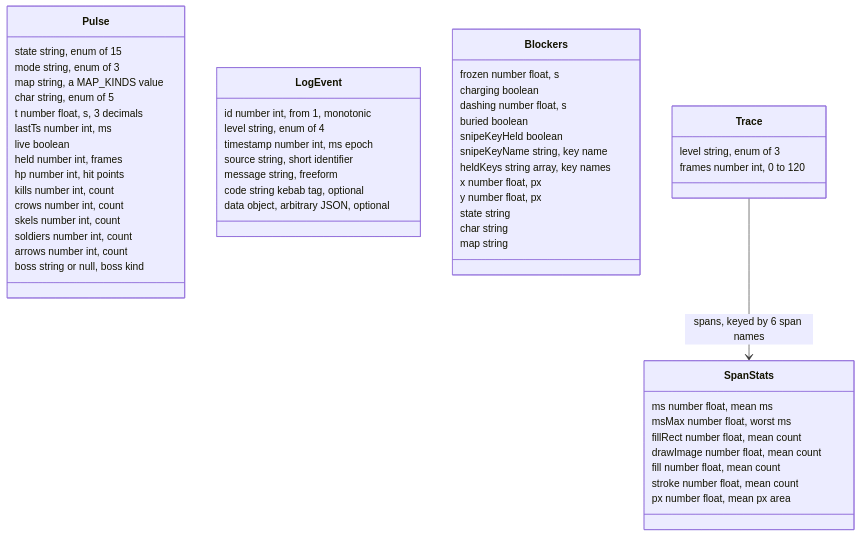
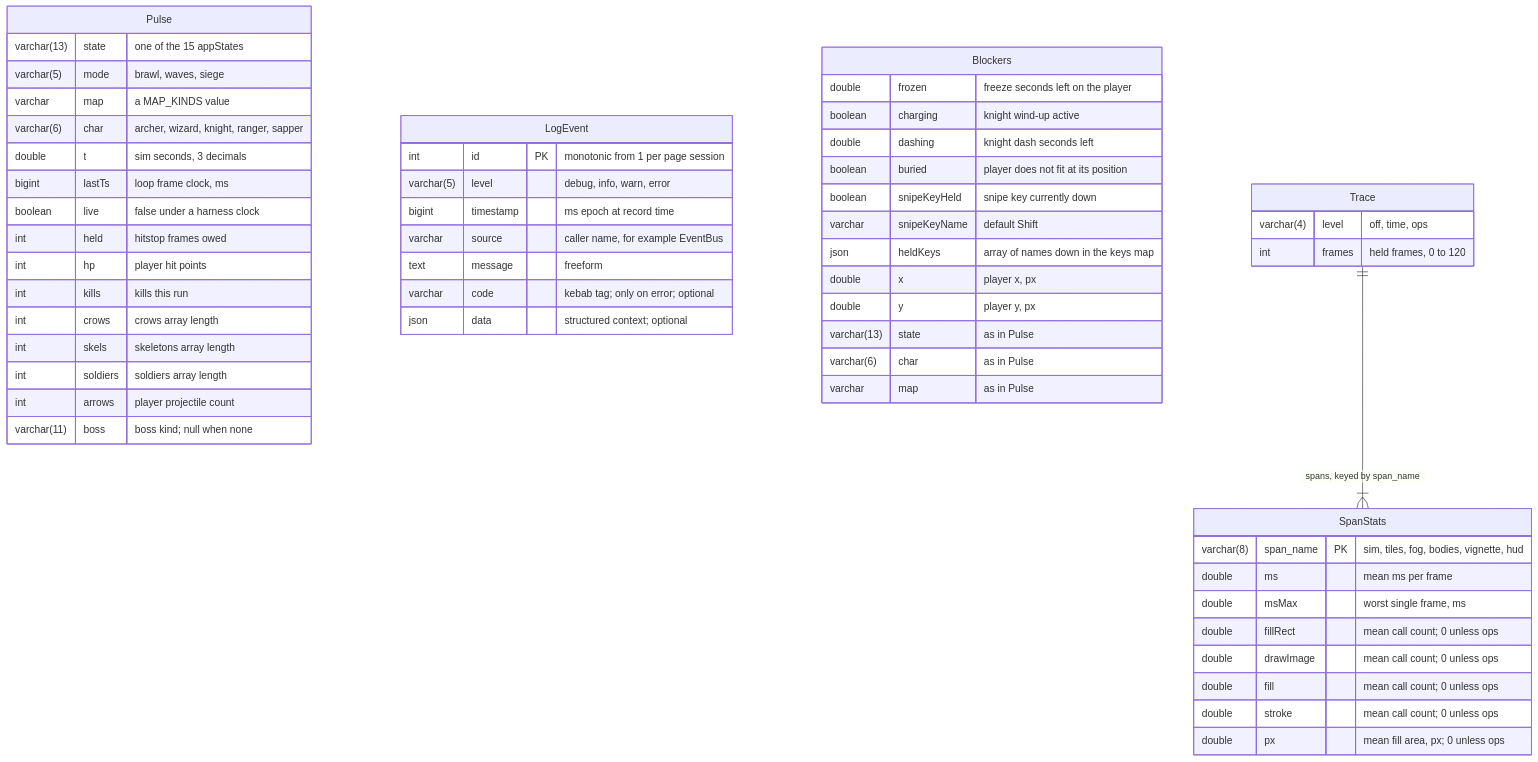
Before and after one commit to MrBisonte/crow-archer: the third of 4 diagrams in docs/playbooks/monitored-playtest.md, drawn with Mermaid. The commit also changed other lines of this file, not shown here.

Commit message:
docs(playbooks): record model as proper ER diagrams
erDiagram instead of classDiagram: each attribute row carries type, name,
key and comment columns. Types are SQL equivalents with derived lengths
where a closed set bounds them (varchar(13) state from boss_entrance,
varchar(11) class from logic-freeze); PK marks LogEvent.id and the
span_name map key; the key column stays empty elsewhere because records
nest by containment. Both diagrams verified rendering on mermaid.live.

````diff
--- a/docs/playbooks/monitored-playtest.md
+++ b/docs/playbooks/monitored-playtest.md
@@ -246,57 +243,58 @@
 ```mermaid
-classDiagram
-  class Pulse {
-    state string, enum of 15
-    mode string, enum of 3
-    map string, a MAP_KINDS value
-    char string, enum of 5
-    t number float, s, 3 decimals
-    lastTs number int, ms
-    live boolean
-    held number int, frames
-    hp number int, hit points
-    kills number int, count
-    crows number int, count
-    skels number int, count
-    soldiers number int, count
-    arrows number int, count
-    boss string or null, boss kind
+erDiagram
+  Pulse {
+    varchar(13) state "one of the 15 appStates"
+    varchar(5) mode "brawl, waves, siege"
+    varchar map "a MAP_KINDS value"
+    varchar(6) char "archer, wizard, knight, ranger, sapper"
+    double t "sim seconds, 3 decimals"
+    bigint lastTs "loop frame clock, ms"
+    boolean live "false under a harness clock"
+    int held "hitstop frames owed"
+    int hp "player hit points"
+    int kills "kills this run"
+    int crows "crows array length"
+    int skels "skeletons array length"
+    int soldiers "soldiers array length"
+    int arrows "player projectile count"
+    varchar(11) boss "boss kind; null when none"
   }
-  class LogEvent {
-    id number int, from 1, monotonic
-    level string, enum of 4
-    timestamp number int, ms epoch
-    source string, short identifier
-    message string, freeform
-    code string kebab tag, optional
-    data object, arbitrary JSON, optional
+  LogEvent {
+    int id PK "monotonic from 1 per page session"
+    varchar(5) level "debug, info, warn, error"
+    bigint timestamp "ms epoch at record time"
+    varchar source "caller name, for example EventBus"
+    text message "freeform"
+    varchar code "kebab tag; only on error; optional"
+    json data "structured context; optional"
   }
-  class Blockers {
-    frozen number float, s
-    charging boolean
-    dashing number float, s
-    buried boolean
-    snipeKeyHeld boolean
-    snipeKeyName string, key name
-    heldKeys string array, key names
-    x number float, px
-    y number float, px
-    state string
-    char string
-    map string
+  Blockers {
+    double frozen "freeze seconds left on the player"
+    boolean charging "knight wind-up active"
+    double dashing "knight dash seconds left"
+    boolean buried "player does not fit at its position"
+    boolean snipeKeyHeld "snipe key currently down"
+    varchar snipeKeyName "default Shift"
+    json heldKeys "array of names down in the keys map"
+    double x "player x, px"
+    double y "player y, px"
+    varchar(13) state "as in Pulse"
+    varchar(6) char "as in Pulse"
+    varchar map "as in Pulse"
   }
-  class Trace {
-    level string, enum of 3
-    frames number int, 0 to 120
+  Trace {
+    varchar(4) level "off, time, ops"
+    int frames "held frames, 0 to 120"
   }
-  class SpanStats {
-    ms number float, mean ms
-    msMax number float, worst ms
-    fillRect number float, mean count
-    drawImage number float, mean count
-    fill number float, mean count
-    stroke number float, mean count
-    px number float, mean px area
+  SpanStats {
+    varchar(8) span_name PK "sim, tiles, fog, bodies, vignette, hud"
+    double ms "mean ms per frame"
+    double msMax "worst single frame, ms"
+    double fillRect "mean call count; 0 unless ops"
+    double drawImage "mean call count; 0 unless ops"
+    double fill "mean call count; 0 unless ops"
+    double stroke "mean call count; 0 unless ops"
+    double px "mean fill area, px; 0 unless ops"
   }
-  Trace --> SpanStats : spans, keyed by 6 span names
+  Trace ||--|{ SpanStats : "spans, keyed by span_name"
 ```
````
